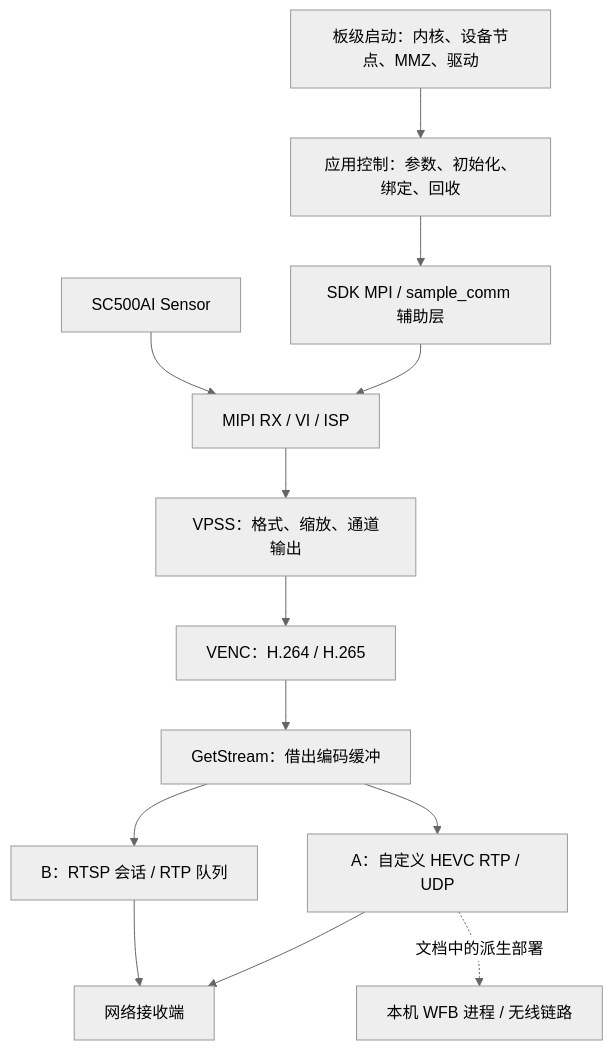
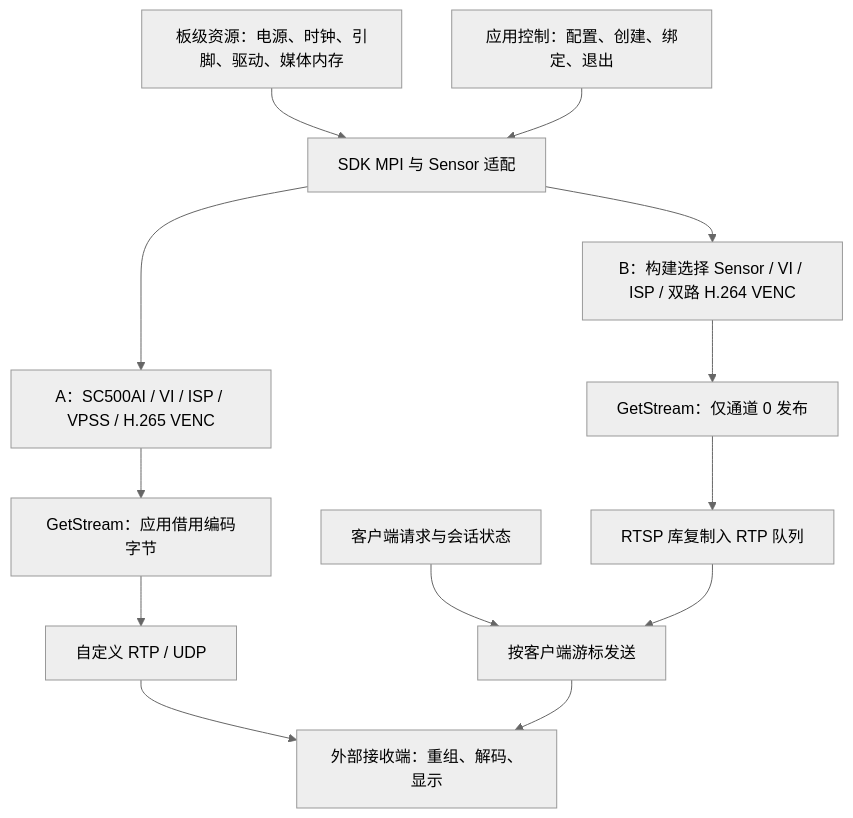
The first of 3 diagrams in docs/全局架构与技术剖析.md (Bamboo-tt/Hi3516_Data_Transmission), drawn with Mermaid (neutral theme) before and after one commit. The commit also changed other lines of this file and 23 other files, not shown here.

Commit message:
docs: refine Hi3516 learning guide and architecture analysis

````diff
--- a/docs/全局架构与技术剖析.md
+++ b/docs/全局架构与技术剖析.md
@@ -96,15 +106,13 @@
-~~~mermaid
+```mermaid
 flowchart TB
-    Boot["板级启动：内核、设备节点、MMZ、驱动"] --> App["应用控制：参数、初始化、绑定、回收"]
-    App --> MPI["SDK MPI / sample_comm 辅助层"]
-    MPI --> VI["MIPI RX / VI / ISP"]
-    Sensor["SC500AI Sensor"] --> VI
-    VI --> VPSS["VPSS：格式、缩放、通道输出"]
-    VPSS --> VENC["VENC：H.264 / H.265"]
-    VENC --> Lease["GetStream：借出编码缓冲"]
-    Lease --> RTP["A：自定义 HEVC RTP / UDP"]
-    Lease --> RTSP["B：RTSP 会话 / RTP 队列"]
-    RTP --> Receiver["网络接收端"]
-    RTSP --> Receiver
-    RTP -. "文档中的派生部署" .-> WFB["本机 WFB 进程 / 无线链路"]
-~~~
+    Board["板级资源：电源、时钟、引脚、驱动、媒体内存"] --> SDK["SDK MPI 与 Sensor 适配"]
+    Control["应用控制：配置、创建、绑定、退出"] --> SDK
+    SDK --> A["A：SC500AI / VI / ISP / VPSS / H.265 VENC"]
+    SDK --> B["B：构建选择 Sensor / VI / ISP / 双路 H.264 VENC"]
+    A --> LeaseA["GetStream：应用借用编码字节"] --> RTP["自定义 RTP / UDP"]
+    B --> LeaseB["GetStream：仅通道 0 发布"] --> Queue["RTSP 库复制入 RTP 队列"]
+    Client["客户端请求与会话状态"] --> Net
+    Queue --> Net["按客户端游标发送"]
+    RTP --> Receive["外部接收端：重组、解码、显示"]
+    Net --> Receive
+```
````
